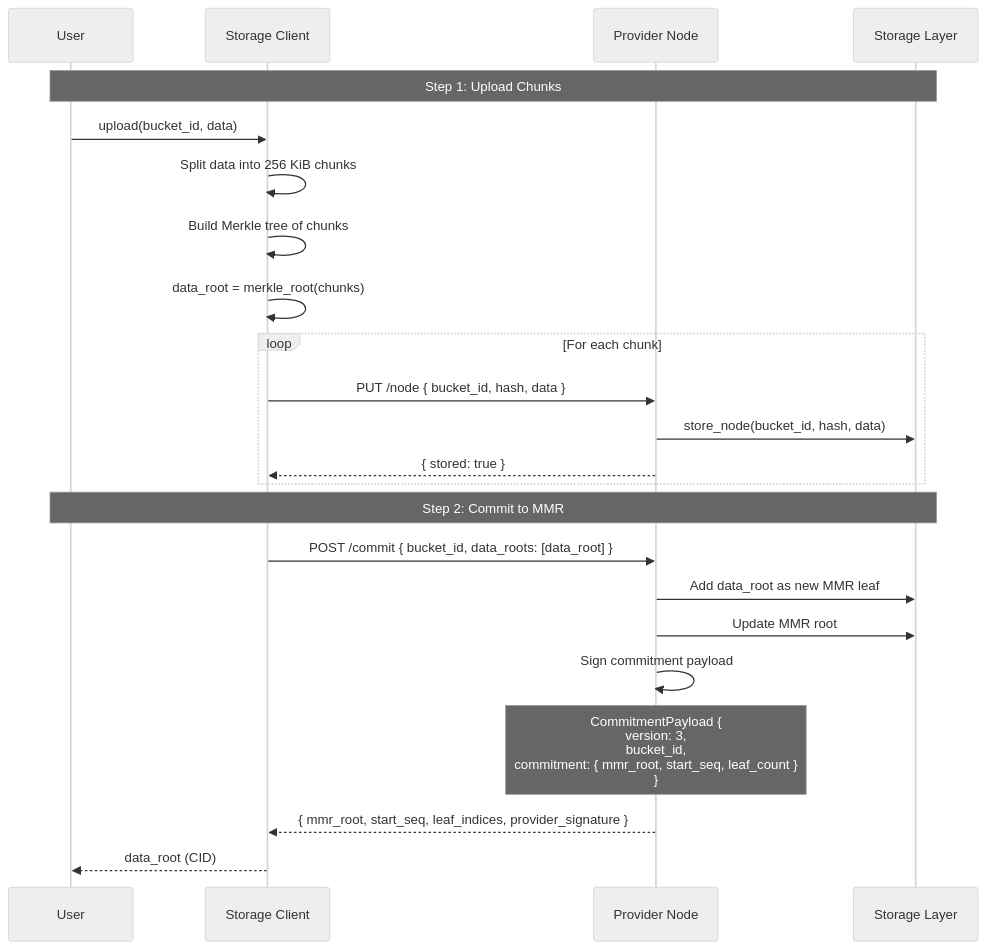
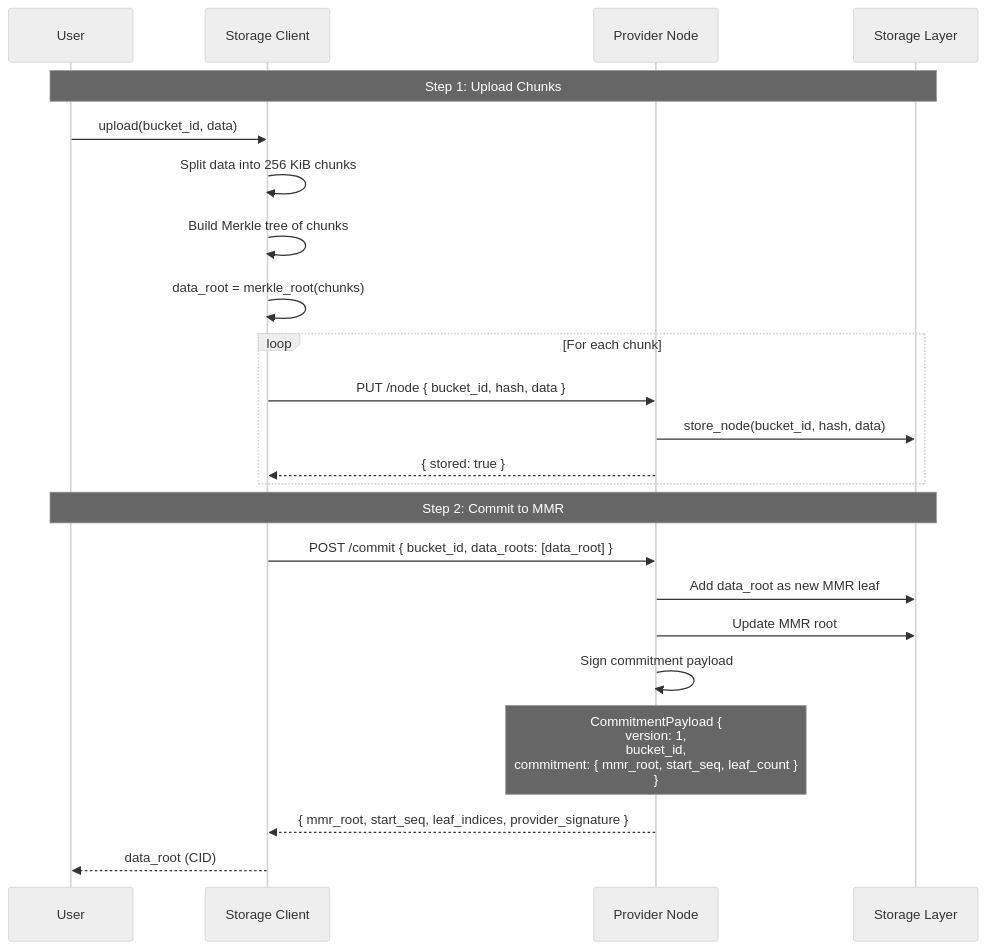
The sixth of 13 diagrams in docs/reference/EXECUTION_FLOWS.md (paritytech/web3-storage), drawn with Mermaid (neutral theme) before and after one commit. The commit also changed other lines of this file and 2 other files, not shown here.

Commit message:
fix: correct CommitmentPayload version after nonce removal
- Set CommitmentPayload::CURRENT_VERSION back to 1 (was bumped to 3)
- Restore in-code STORAGE_VERSION comment removal to match reverted layout
- Update the byte-identical encoding test to match version 1 and 57-byte length
- Update EXECUTION_FLOWS.md diagrams to show version 1

````diff
--- a/docs/reference/EXECUTION_FLOWS.md
+++ b/docs/reference/EXECUTION_FLOWS.md
@@ -271,33 +271,33 @@
 ```mermaid
 sequenceDiagram
     participant U as User
     participant SC as Storage Client
     participant PN as Provider Node
     participant S as Storage Layer
 
     Note over U,S: Step 1: Upload Chunks
     U->>SC: upload(bucket_id, data)
 
     SC->>SC: Split data into 256 KiB chunks
     SC->>SC: Build Merkle tree of chunks
     SC->>SC: data_root = merkle_root(chunks)
 
     loop For each chunk
         SC->>PN: PUT /node { bucket_id, hash, data }
         PN->>S: store_node(bucket_id, hash, data)
         PN-->>SC: { stored: true }
     end
 
     Note over U,S: Step 2: Commit to MMR
     SC->>PN: POST /commit { bucket_id, data_roots: [data_root] }
 
     PN->>S: Add data_root as new MMR leaf
     PN->>S: Update MMR root
     PN->>PN: Sign commitment payload
 
-    Note over PN: CommitmentPayload {<br/> version: 3,<br/> bucket_id,<br/> commitment: { mmr_root, start_seq, leaf_count }<br/>}
+    Note over PN: CommitmentPayload {<br/> version: 1,<br/> bucket_id,<br/> commitment: { mmr_root, start_seq, leaf_count }<br/>}
 
     PN-->>SC: { mmr_root, start_seq, leaf_indices, provider_signature }
 
     SC-->>U: data_root (CID)
 ```
````
